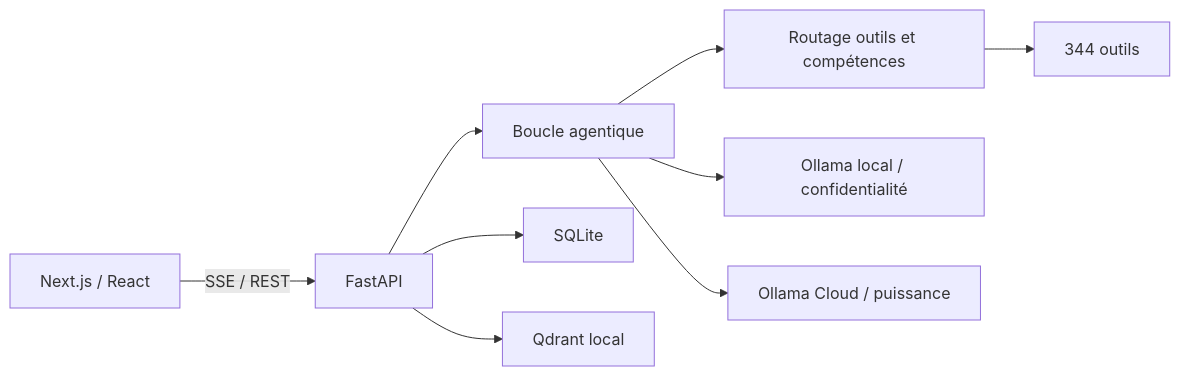
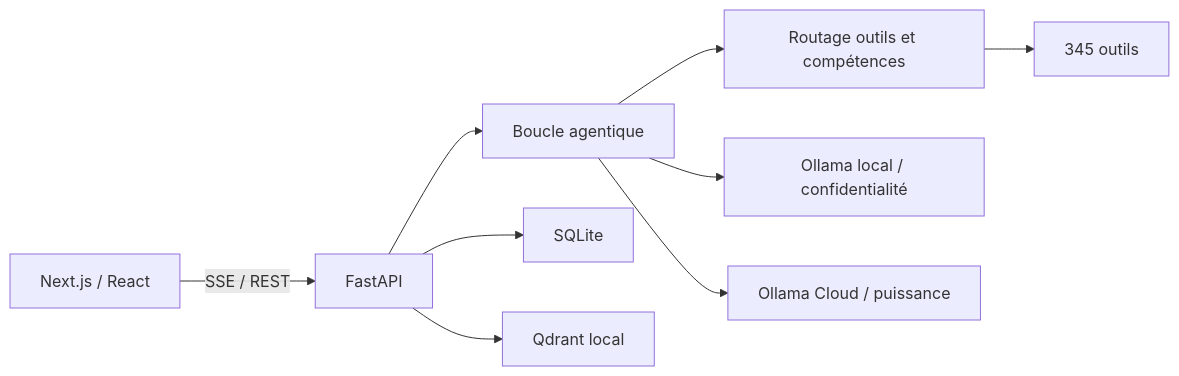
Before and after one commit to chawky13090/marvin: the diagram in ARCHITECTURE.md, drawn with Mermaid. The commit also changed other lines of this file and 24 other files, not shown here.

````diff
--- a/ARCHITECTURE.md
+++ b/ARCHITECTURE.md
@@ -8,11 +8,11 @@
 ```mermaid
 flowchart LR
     UI["Next.js / React"] -->|"SSE / REST"| API["FastAPI"]
     API --> AGENT["Boucle agentique"]
     AGENT --> ROUTER["Routage outils et compétences"]
-    ROUTER --> TOOLS["344 outils"]
+    ROUTER --> TOOLS["345 outils"]
     AGENT --> OLLAMA["Ollama local / confidentialité"]
     AGENT --> CLOUD["Ollama Cloud / puissance"]
     API --> SQLITE["SQLite"]
     API --> QDRANT["Qdrant local"]
 ```
````
